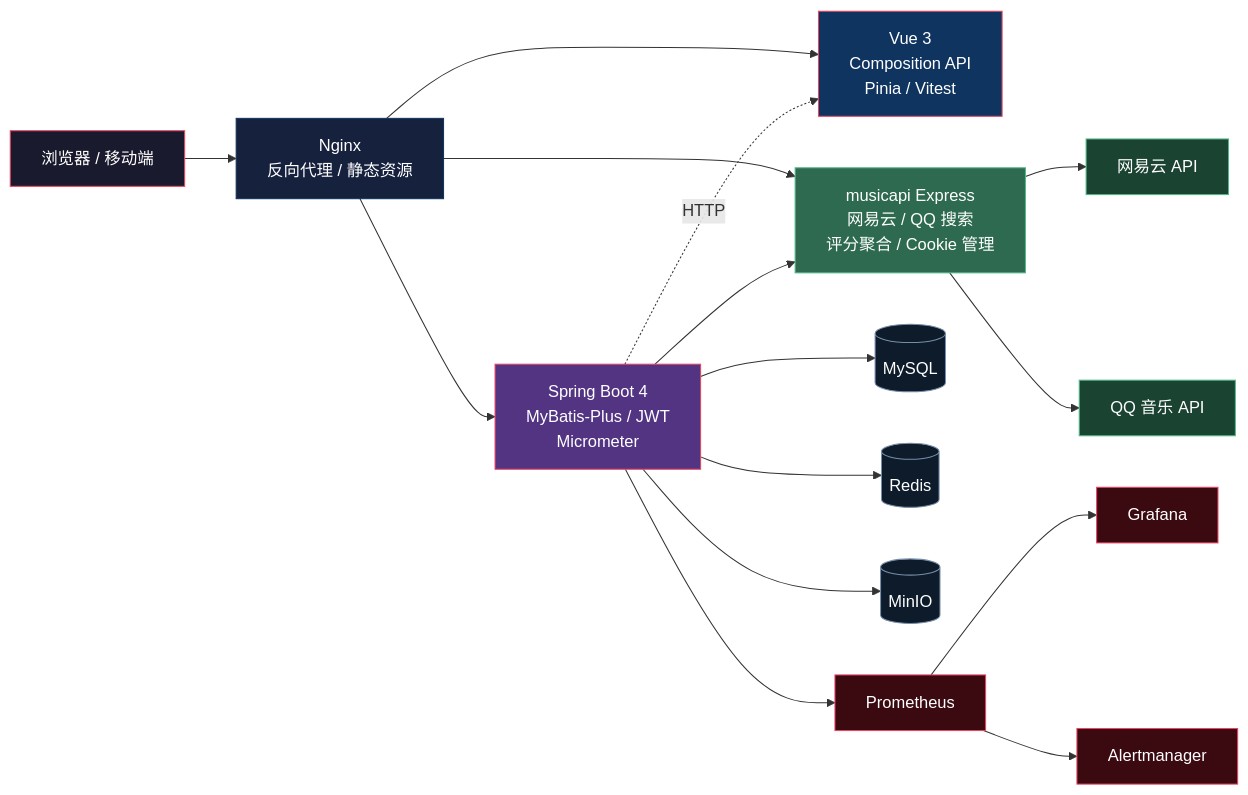
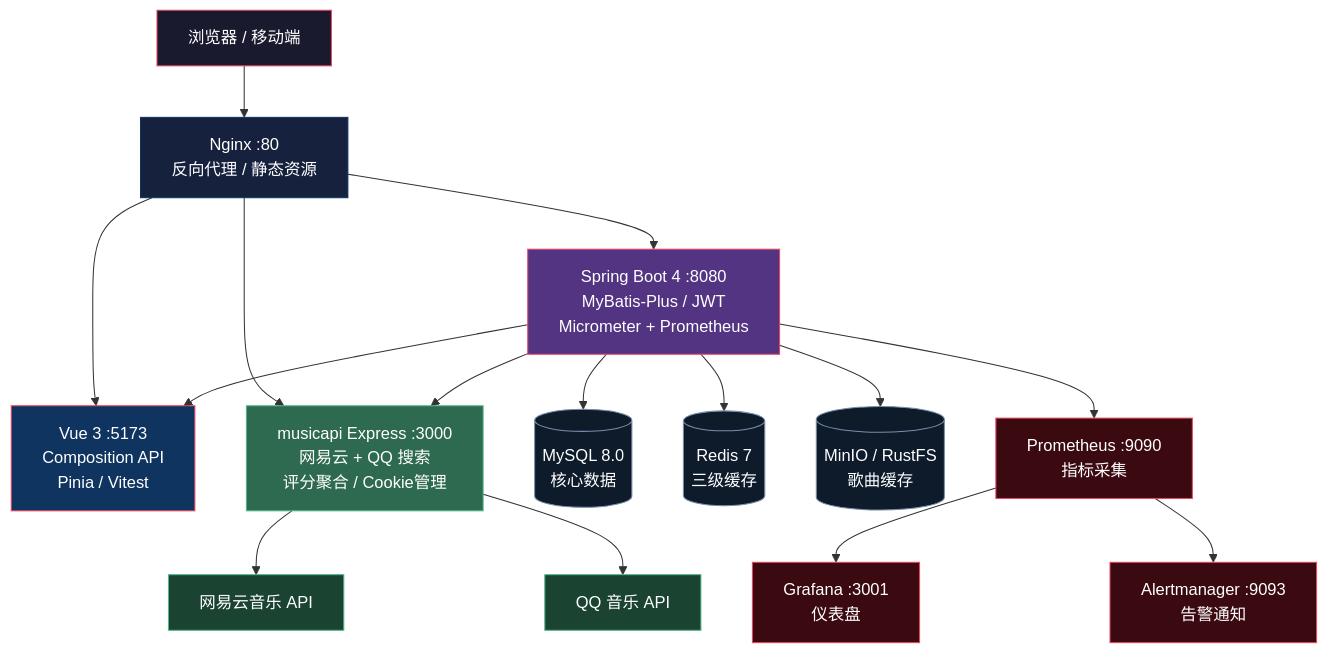
The first of 4 diagrams in README.md (chunren1/vibeMusic), drawn with Mermaid before and after one commit.

Commit message:
架构图改回TB自上而下布局

````diff
--- a/README.md
+++ b/README.md
@@ -88,57 +88,64 @@
 ```mermaid
-graph LR
+graph TB
     U[浏览器 / 移动端]
-    NG["Nginx
+    NG["Nginx :80
         反向代理 / 静态资源"]
 
-    V["Vue 3
+    V["Vue 3 :5173
         Composition API
         Pinia / Vitest"]
 
-    SB["Spring Boot 4
+    SB["Spring Boot 4 :8080
         MyBatis-Plus / JWT
-        Micrometer"]
+        Micrometer + Prometheus"]
 
-    BFF["musicapi Express
-        网易云 / QQ 搜索
-        评分聚合 / Cookie 管理"]
+    BFF["musicapi Express :3000
+        网易云 + QQ 搜索
+        评分聚合 / Cookie管理"]
 
-    NE["网易云 API"]
+    NE["网易云音乐 API"]
     Q["QQ 音乐 API"]
 
-    M[("MySQL")]
-    R[("Redis")]
-    ST[("MinIO")]
-    P["Prometheus"]
-    G["Grafana"]
-    A["Alertmanager"]
+    M[("MySQL 8.0
+        核心数据")]
+    R[("Redis 7
+        三级缓存")]
+    ST[("MinIO / RustFS
+        歌曲缓存")]
+
+    P["Prometheus :9090
+        指标采集"]
+    G["Grafana :3001
+        仪表盘"]
+    A["Alertmanager :9093
+        告警通知"]
 
     U --> NG
     NG --> V
     NG --> SB
     NG --> BFF
-    SB -.->|HTTP| V
+    SB --> V
     SB --> BFF
     BFF --> NE
     BFF --> Q
     SB --> M
     SB --> R
     SB --> ST
     SB --> P
     P --> G
     P --> A
 
     style U fill:#1a1a2e,stroke:#e94560,color:#fff
     style NG fill:#16213e,stroke:#0f3460,color:#fff
     style V fill:#0f3460,stroke:#e94560,color:#fff
     style SB fill:#533483,stroke:#e94560,color:#fff
     style BFF fill:#2d6a4f,stroke:#52b788,color:#fff
     style NE fill:#1b4332,stroke:#52b788,color:#fff
     style Q fill:#1b4332,stroke:#52b788,color:#fff
     style M fill:#0d1b2a,stroke:#778da9,color:#fff
     style R fill:#0d1b2a,stroke:#778da9,color:#fff
     style ST fill:#0d1b2a,stroke:#778da9,color:#fff
     style P fill:#3b0a11,stroke:#e94560,color:#fff
     style G fill:#3b0a11,stroke:#e94560,color:#fff
     style A fill:#3b0a11,stroke:#e94560,color:#fff
 ```
````
